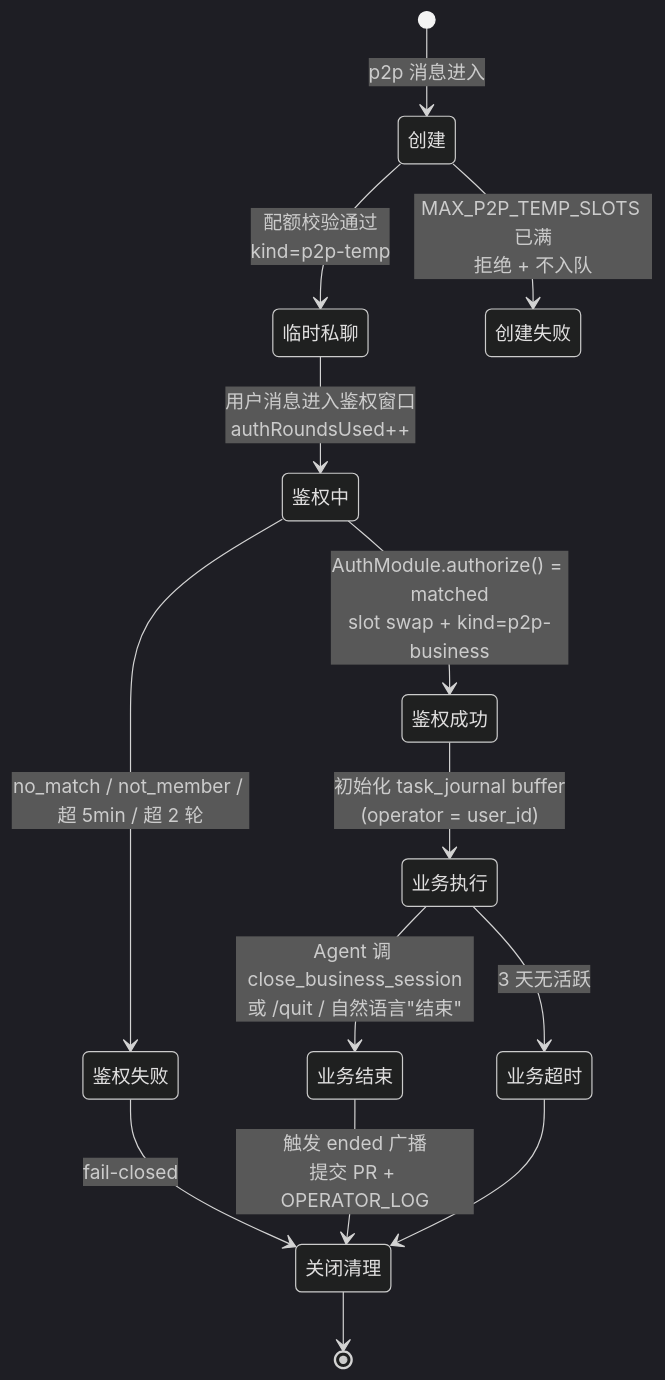
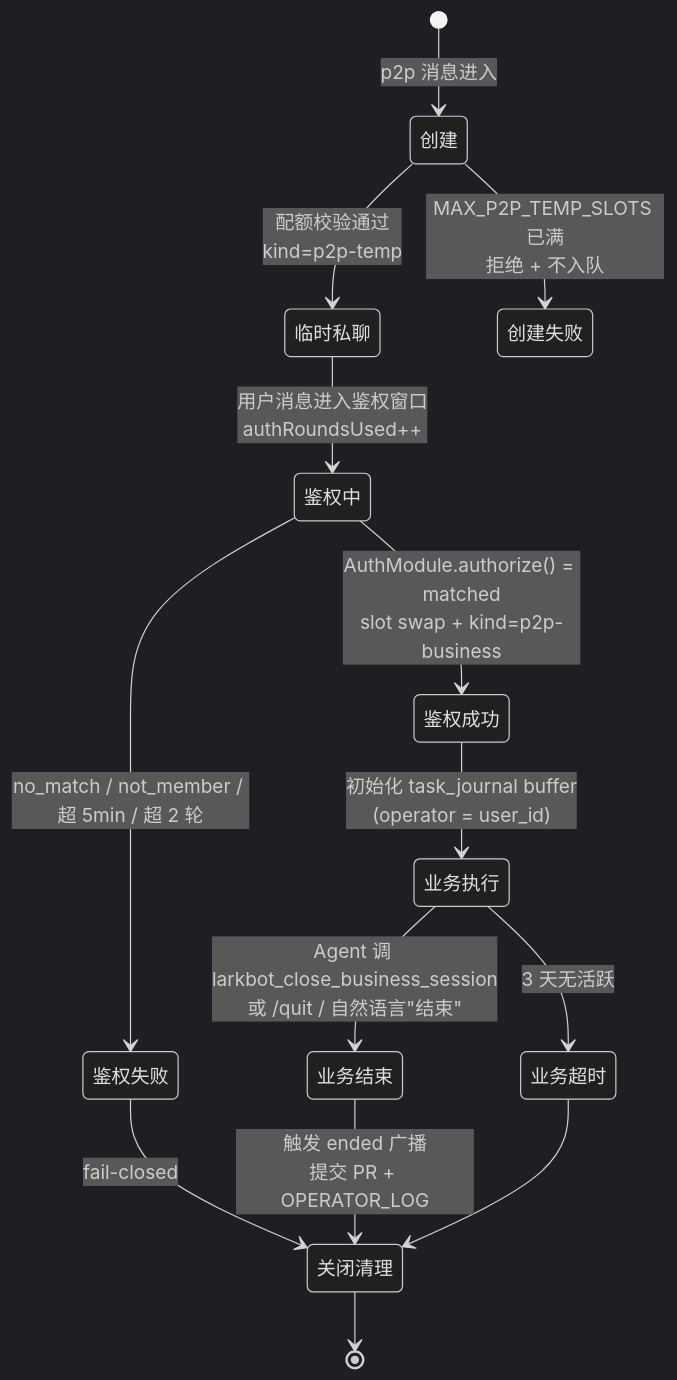
Before and after one commit to mmw-devs/ffxiv-race-stats: the first of 5 diagrams in docs/lark-bot-business-flow.md, drawn with Mermaid (dark theme). The commit also changed other lines of this file and 4 other files, not shown here.

````diff
--- a/docs/lark-bot-business-flow.md
+++ b/docs/lark-bot-business-flow.md
@@ -24,16 +24,16 @@
 ```mermaid
 stateDiagram-v2
     [*] --> 创建: p2p 消息进入
     创建 --> 临时私聊: 配额校验通过<br/>kind=p2p-temp
     创建 --> 创建失败: MAX_P2P_TEMP_SLOTS 已满<br/>拒绝 + 不入队
     临时私聊 --> 鉴权中: 用户消息进入鉴权窗口<br/>authRoundsUsed++
     鉴权中 --> 鉴权成功: AuthModule.authorize() = matched<br/>slot swap + kind=p2p-business
     鉴权中 --> 鉴权失败: no_match / not_member / 超 5min / 超 2 轮
     鉴权成功 --> 业务执行: 初始化 task_journal buffer<br/>(operator = user_id)
-    业务执行 --> 业务结束: Agent 调 close_business_session<br/>或 /quit / 自然语言"结束"
+    业务执行 --> 业务结束: Agent 调 larkbot_close_business_session<br/>或 /quit / 自然语言"结束"
     业务执行 --> 业务超时: 3 天无活跃
     鉴权失败 --> 关闭清理: fail-closed
     业务结束 --> 关闭清理: 触发 ended 广播<br/>提交 PR + OPERATOR_LOG
     业务超时 --> 关闭清理
     关闭清理 --> [*]
 ```
````
